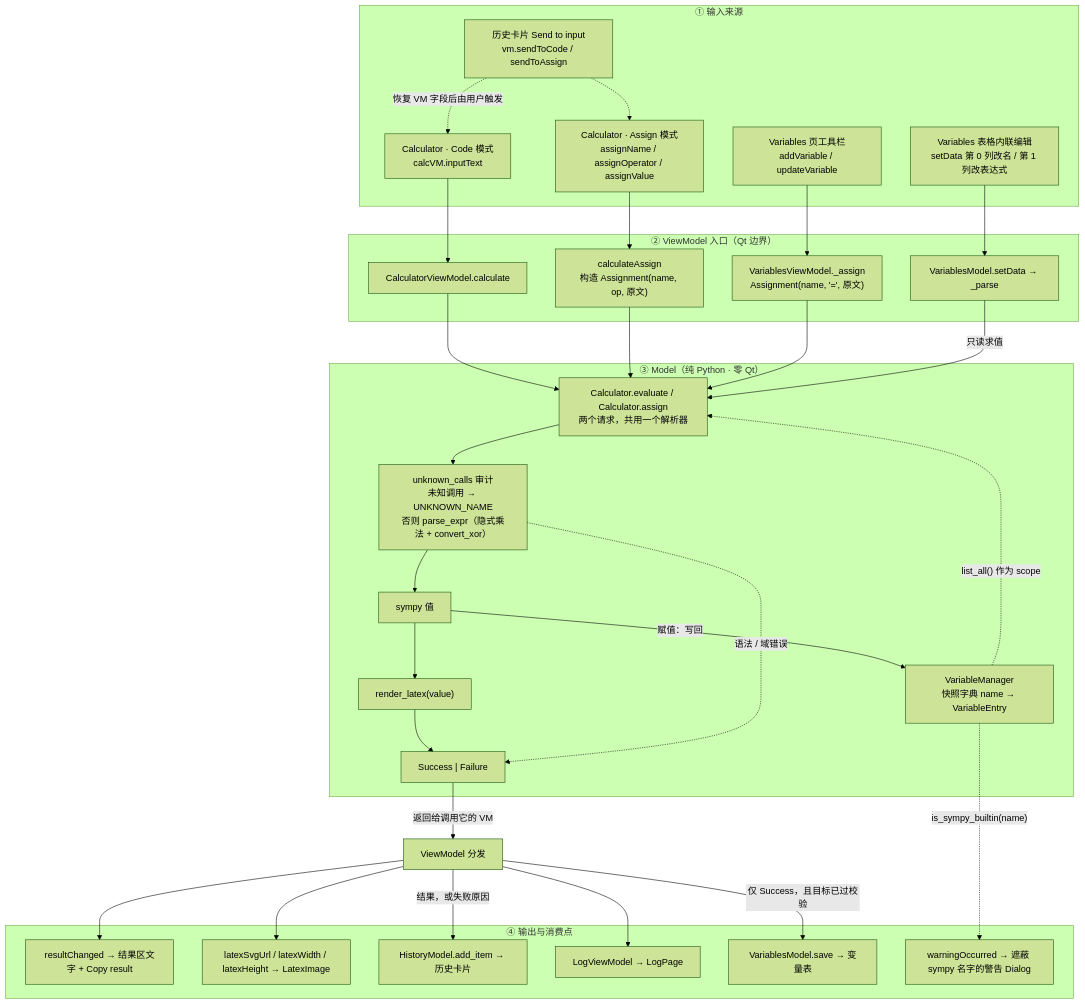
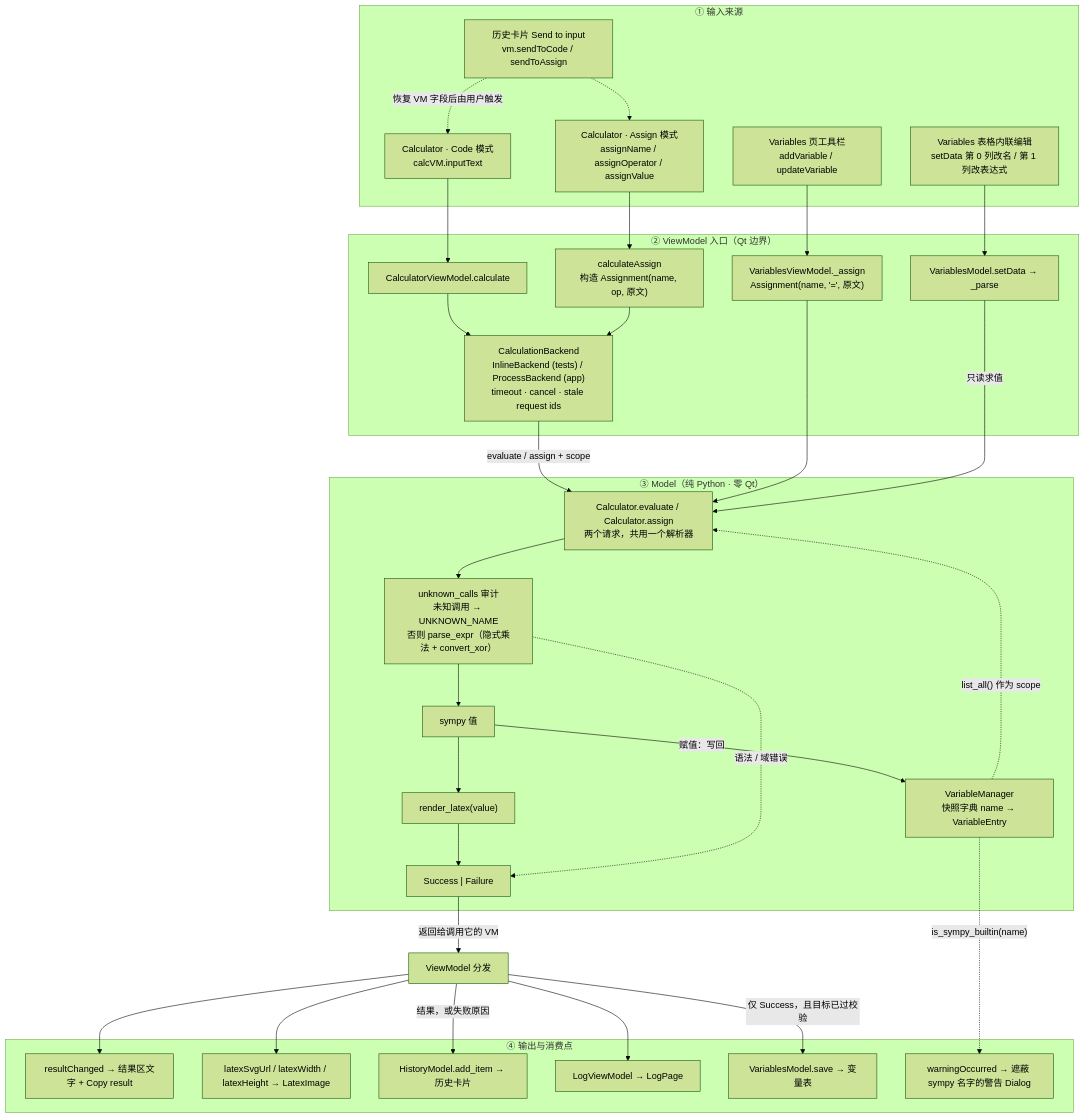
The first of 2 diagrams in docs/architecture.md (I-AM-A-NOOB/Symplify), drawn with Mermaid (forest theme) before and after one commit. The commit also changed other lines of this file and 22 other files, not shown here.

````diff
--- a/docs/architecture.md
+++ b/docs/architecture.md
@@ -23,63 +23,65 @@
 ```mermaid
 flowchart TB
     subgraph IN["① 输入来源"]
         A1["Calculator · Code 模式<br/>calcVM.inputText"]
         A2["Calculator · Assign 模式<br/>assignName / assignOperator / assignValue"]
         A3["Variables 页工具栏<br/>addVariable / updateVariable"]
         A4["Variables 表格内联编辑<br/>setData 第 0 列改名 / 第 1 列改表达式"]
         A5["历史卡片 Send to input<br/>vm.sendToCode / sendToAssign"]
     end
 
     subgraph VML["② ViewModel 入口（Qt 边界）"]
         B1["CalculatorViewModel.calculate"]
         B2["calculateAssign<br/>构造 Assignment(name, op, 原文)"]
         B3["VariablesViewModel._assign<br/>Assignment(name, '=', 原文)"]
         B4["VariablesModel.setData → _parse"]
+        B5["CalculationBackend<br/>InlineBackend (tests) / ProcessBackend (app)<br/>timeout · cancel · stale request ids"]
     end
 
     subgraph MOD["③ Model（纯 Python · 零 Qt）"]
         C1["Calculator.evaluate / Calculator.assign<br/>两个请求，共用一个解析器"]
         C2["unknown_calls 审计<br/>未知调用 → UNKNOWN_NAME<br/>否则 parse_expr（隐式乘法 + convert_xor）"]
         C3["sympy 值"]
         C4["render_latex(value)"]
         C5["Success | Failure"]
         C6["VariableManager<br/>快照字典 name → VariableEntry"]
     end
 
     subgraph OUT["④ 输出与消费点"]
         D1["resultChanged → 结果区文字 + Copy result"]
         D2["latexSvgUrl / latexWidth / latexHeight → LatexImage"]
         D3["HistoryModel.add_item → 历史卡片"]
         D4["LogViewModel → LogPage"]
         D5["VariablesModel.save → 变量表"]
         D6["warningOccurred → 遮蔽 sympy 名字的警告 Dialog"]
     end
 
     A5 -.->|"恢复 VM 字段后由用户触发"| A1
     A5 -.-> A2
     A1 --> B1
     A2 --> B2
     A3 --> B3
     A4 --> B4
 
-    B1 --> C1
-    B2 --> C1
+    B1 --> B5
+    B2 --> B5
+    B5 -->|"evaluate / assign + scope"| C1
     B3 --> C1
     B4 -->|"只读求值"| C1
     C1 --> C2
     C2 --> C3
     C3 --> C4
     C4 --> C5
     C2 -.->|"语法 / 域错误"| C5
 
     C3 -->|"赋值：写回"| C6
     C6 -.->|"list_all() 作为 scope"| C1
     C6 -.->|"is_sympy_builtin(name)"| D6
 
     C5 -->|"返回给调用它的 VM"| R["ViewModel 分发"]
     R --> D1
     R --> D2
     R -->|"结果，或失败原因"| D3
     R --> D4
     R -->|"仅 Success，且目标已过校验"| D5
 ```
````
